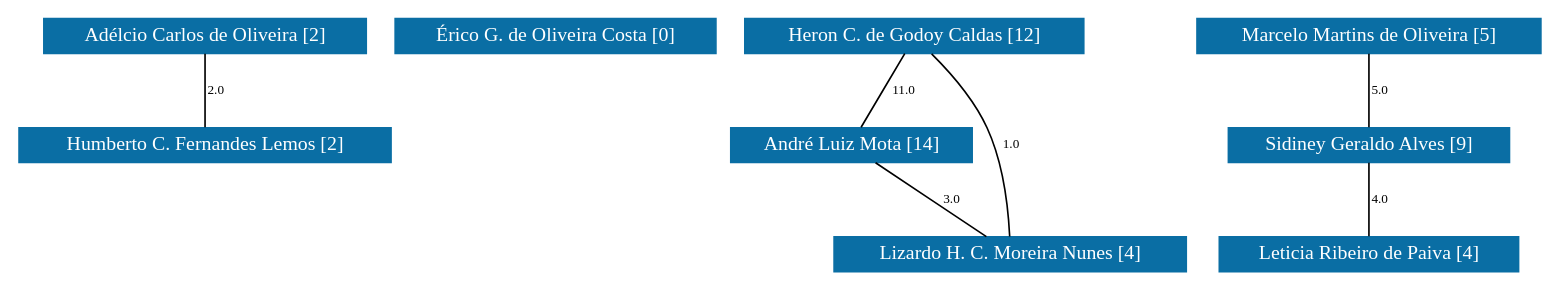
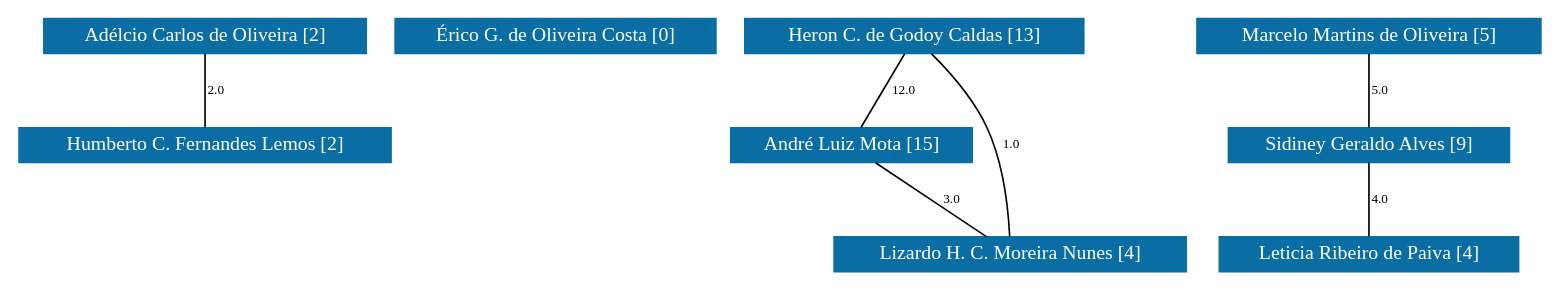
The diagram in PPGF-UFSJ/grafoDeColaboracoesComPesos.dot (icamps/unifal-lattes.github.io), drawn with Graphviz before and after one commit. The commit also changed 868 other files, not shown here.

```diff
--- a/PPGF-UFSJ/grafoDeColaboracoesComPesos.dot
+++ b/PPGF-UFSJ/grafoDeColaboracoesComPesos.dot
@@ -1,98 +1,98 @@
 strict graph grafo2 {
 	graph [bb="0,0,724.5,153",
 		id=grafo2,
 		overlap=False
 	];
 	node [fontsize=12,
 		label="\N",
 		shape=rectangle,
 		style=filled
 	];
 	0	 [URL="membro-0487113229071944.html",
 		color="#0A6EA4",
 		fontcolor="#FFFFFF",
 		height=0.29167,
 		label="Adélcio Carlos de Oliveira [2]",
 		pos="92,142.5",
 		width=2.1944];
 	3	 [URL="membro-8374281747074655.html",
 		color="#0A6EA4",
 		fontcolor="#FFFFFF",
 		height=0.29167,
 		label="Humberto C. Fernandes Lemos [2]",
 		pos="92,76.5",
 		width=2.5556];
 	0 -- 3	 [fontsize=8,
 		label=2.0,
 		lp="97,109.5",
 		pos="92,131.9 92,119.65 92,99.622 92,87.297"];
 	1	 [URL="membro-4937965723746020.html",
 		color="#0A6EA4",
 		fontcolor="#FFFFFF",
 		height=0.29167,
 		label="Érico G. de Oliveira Costa [0]",
 		pos="269,142.5",
 		width=2.2222];
 	2	 [URL="membro-1373657423991547.html",
 		color="#0A6EA4",
 		fontcolor="#FFFFFF",
 		height=0.29167,
-		label="Heron C. de Godoy Caldas [12]",
+		label="Heron C. de Godoy Caldas [13]",
 		pos="451,142.5",
 		width=2.3333];
 	6	 [URL="membro-8453016139576761.html",
 		color="#0A6EA4",
 		fontcolor="#FFFFFF",
 		height=0.29167,
-		label="André Luiz Mota [14]",
+		label="André Luiz Mota [15]",
 		pos="413,76.5",
 		width=1.6944];
 	2 -- 6	 [fontsize=8,
-		label=11.0,
-		lp="440.5,109.5",
+		label=12.0,
+		lp="441,109.5",
 		pos="444.89,131.9 437.85,119.65 426.31,99.622 419.22,87.297"];
 	8	 [URL="membro-9320579515635433.html",
 		color="#0A6EA4",
 		fontcolor="#FFFFFF",
 		height=0.29167,
 		label="Lizardo H. C. Moreira Nunes [4]",
 		pos="459,10.5",
 		width=2.4028];
 	2 -- 8	 [fontsize=8,
 		label=1.0,
 		lp="489,76.5",
 		pos="459.48,131.79 467.33,121.14 478.46,103.98 483,87 489.33,63.335 475.61,36.051 466.42,21.31"];
 	6 -- 8	 [fontsize=8,
 		label=3.0,
 		lp="443,43.5",
 		pos="420.39,65.896 428.92,53.653 442.88,33.622 451.47,21.297"];
 	4	 [URL="membro-2091568617999217.html",
 		color="#0A6EA4",
 		fontcolor="#FFFFFF",
 		height=0.29167,
 		label="Marcelo Martins de Oliveira [5]",
 		pos="641,142.5",
 		width=2.3194];
 	5	 [URL="membro-4536440727635518.html",
 		color="#0A6EA4",
 		fontcolor="#FFFFFF",
 		height=0.29167,
 		label="Sidiney Geraldo Alves [9]",
 		pos="641,76.5",
 		width=1.9444];
 	4 -- 5	 [fontsize=8,
 		label=5.0,
 		lp="646,109.5",
 		pos="641,131.9 641,119.65 641,99.622 641,87.297"];
 	7	 [URL="membro-9428416479663144.html",
 		color="#0A6EA4",
 		fontcolor="#FFFFFF",
 		height=0.29167,
 		label="Leticia Ribeiro de Paiva [4]",
 		pos="641,10.5",
 		width=2.0417];
 	5 -- 7	 [fontsize=8,
 		label=4.0,
 		lp="646,43.5",
 		pos="641,65.896 641,53.653 641,33.622 641,21.297"];
 }
```
